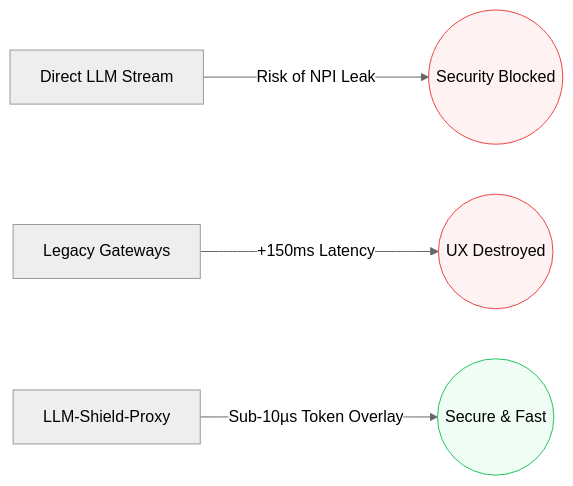
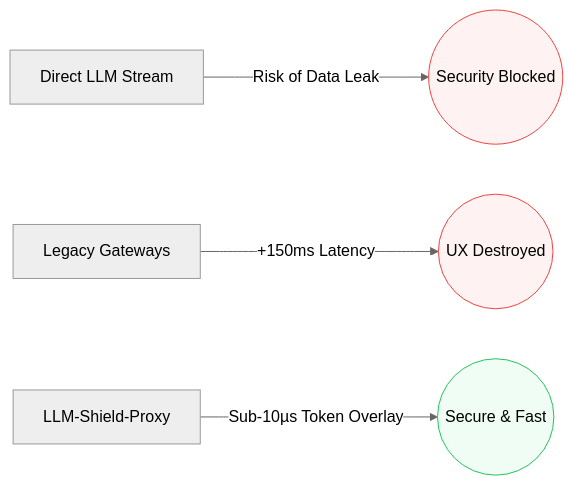
One commit to ninadphalak/LLM-Shield-Proxy changed the first of 2 diagrams in README.md. Above: the diagram before and after it, drawn with Mermaid (neutral theme). The commit also changed other lines of this file, not shown here.

````diff
--- a/README.md
+++ b/README.md
@@ -27,10 +11,10 @@
 ```mermaid
 flowchart LR
-    A[Direct LLM Stream] -->|Risk of NPI Leak| B((Security Blocked))
+    A[Direct LLM Stream] -->|Risk of Data Leak| B((Security Blocked))
     C[Legacy Gateways] -->|+150ms Latency| D((UX Destroyed))
     E[LLM-Shield-Proxy] -->|Sub-10µs Token Overlay| F((Secure & Fast))
     
     style B fill:#fef2f2,stroke:#ef4444
     style D fill:#fef2f2,stroke:#ef4444
     style F fill:#f0fdf4,stroke:#22c55e
 ```
````
